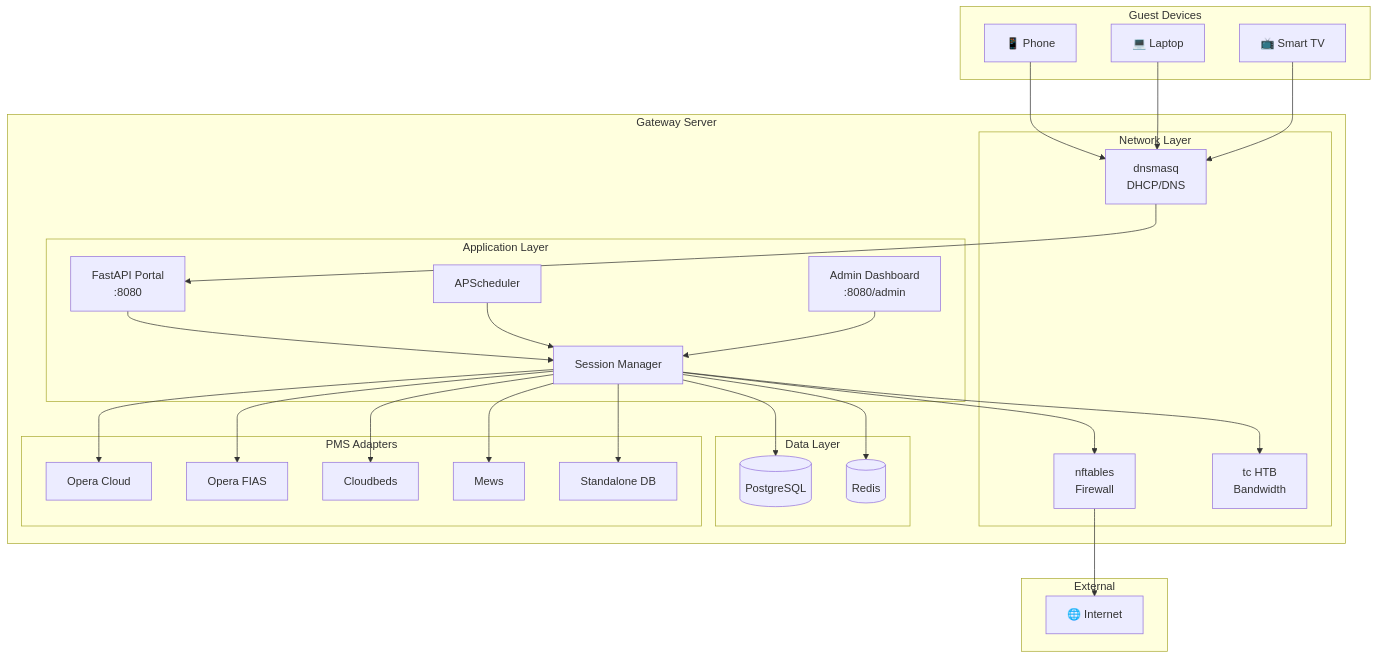
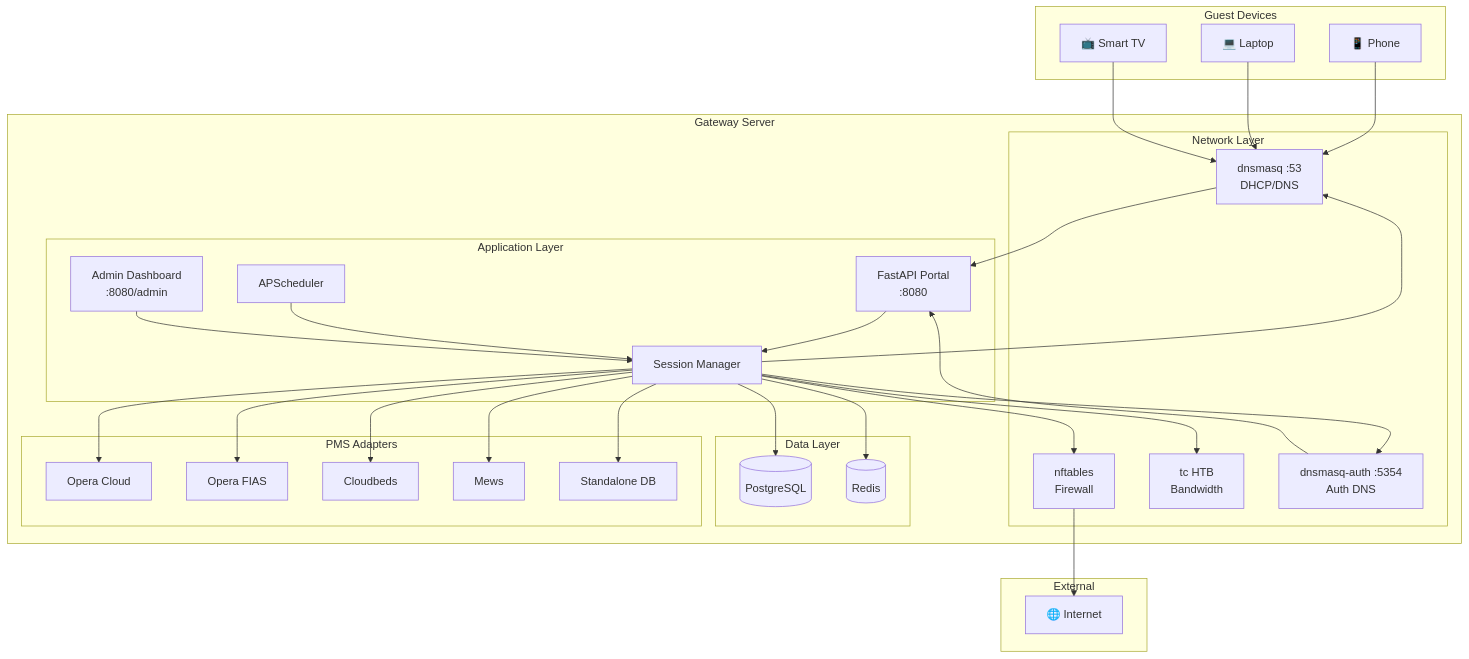
The first of 8 diagrams in README.md (anirut/WiFi-Captive-Portal), drawn with Mermaid before and after one commit. The commit also changed other lines of this file, not shown here.

First line of the commit message:
docs(readme): update to reflect dual DNS architecture and logout.wifi feature

````diff
--- a/README.md
+++ b/README.md
@@ -43,50 +45,53 @@
 ```mermaid
 graph TB
     subgraph "Guest Devices"
         G1[📱 Phone]
         G2[💻 Laptop]
         G3[📺 Smart TV]
     end
 
     subgraph "Gateway Server"
         subgraph "Network Layer"
             NF[nftables<br/>Firewall]
             TC[tc HTB<br/>Bandwidth]
-            DNS[dnsmasq<br/>DHCP/DNS]
+            DNS[dnsmasq :53<br/>DHCP/DNS]
+            DNSA[dnsmasq-auth :5354<br/>Auth DNS]
         end
 
         subgraph "Application Layer"
             FP[FastAPI Portal<br/>:8080]
             AD[Admin Dashboard<br/>:8080/admin]
             SM[Session Manager]
             SCH[APScheduler]
         end
 
         subgraph "Data Layer"
             PG[(PostgreSQL)]
             RD[(Redis)]
         end
 
         subgraph "PMS Adapters"
             OP[Opera Cloud]
             OF[Opera FIAS]
             CB[Cloudbeds]
             MW[Mews]
             SA[Standalone DB]
         end
     end
 
     subgraph "External"
         WAN[🌐 Internet]
     end
 
     G1 & G2 & G3 --> DNS
     DNS --> FP
+    DNSA --> FP
     FP --> SM
     SM --> NF & TC
     SM --> PG & RD
     SM --> OP & OF & CB & MW & SA
+    SM --> DNS & DNSA
     SCH --> SM
     NF --> WAN
     AD --> SM
 ```
````
